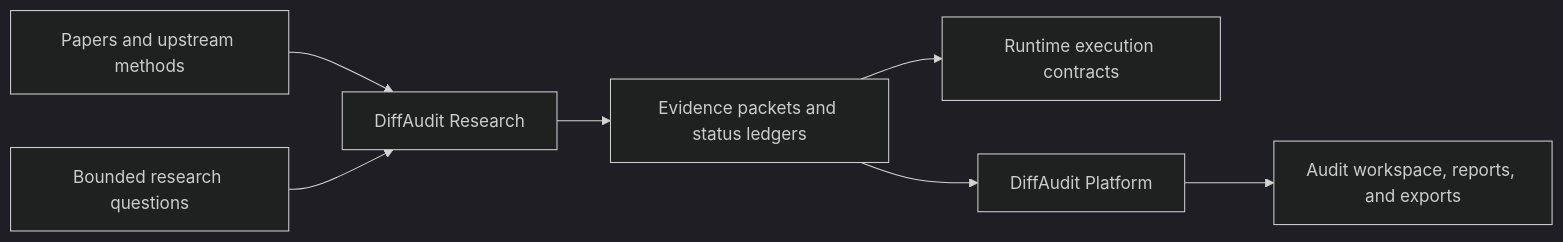
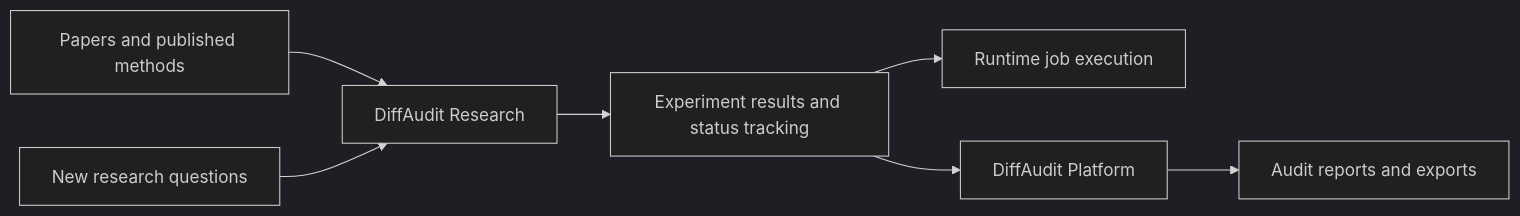
Before and after one commit to DeliciousBuding/DiffAudit-Research: the diagram in README.md, drawn with Mermaid (dark theme). The commit also changed other lines of this file and 59 other files, not shown here.

````diff
--- a/README.md
+++ b/README.md
@@ -43,9 +48,9 @@
 ```mermaid
 flowchart LR
-  Paper["Papers and upstream methods"] --> Research["DiffAudit Research"]
-  Exploration["Bounded research questions"] --> Research
-  Research --> Evidence["Evidence packets and status ledgers"]
-  Evidence --> Runtime["Runtime execution contracts"]
-  Evidence --> Platform["DiffAudit Platform"]
-  Platform --> Report["Audit workspace, reports, and exports"]
+  Papers["Papers and published methods"] --> Research["DiffAudit Research"]
+  Ideas["New research questions"] --> Research
+  Research --> Results["Experiment results and status tracking"]
+  Results --> Runtime["Runtime job execution"]
+  Results --> Platform["DiffAudit Platform"]
+  Platform --> Reports["Audit reports and exports"]
 ```
````
